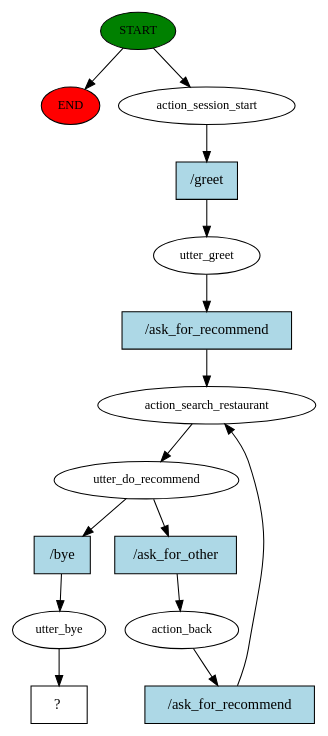
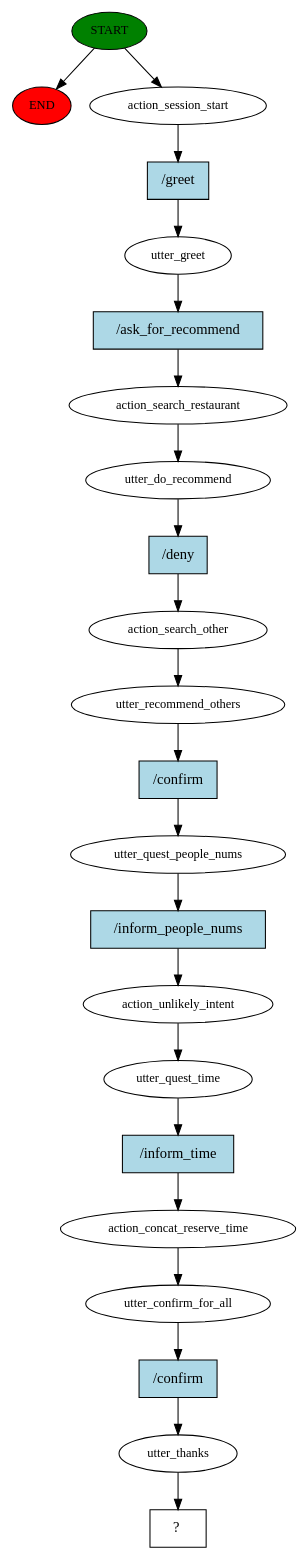
One commit to SUNLIFAN/rasa-demo changed the diagram in story_graph.dot. Above: the diagram before and after it, drawn with Graphviz. The commit also changed 13 other files, not shown here.

```diff
--- a/story_graph.dot
+++ b/story_graph.dot
@@ -1,30 +1,45 @@
 digraph  {
 0 [class="start active", fillcolor=green, fontsize=12, label=START, style=filled];
 "-1" [class=end, fillcolor=red, fontsize=12, label=END, style=filled];
 1 [class=active, fontsize=12, label=action_session_start];
 2 [class=active, fontsize=12, label=utter_greet];
 3 [class=active, fontsize=12, label=action_search_restaurant];
 4 [class=active, fontsize=12, label=utter_do_recommend];
-5 [class=active, fontsize=12, label=action_back];
-8 [class=active, fontsize=12, label=utter_bye];
-9 [class="intent dashed active", label="  ?  ", shape=rect];
-10 [class="intent active", fillcolor=lightblue, label="/greet", shape=rect, style=filled];
-11 [class="intent active", fillcolor=lightblue, label="/ask_for_recommend", shape=rect, style=filled];
-12 [class="intent active", fillcolor=lightblue, label="/ask_for_other", shape=rect, style=filled];
-13 [class="intent active", fillcolor=lightblue, label="/bye", shape=rect, style=filled];
-14 [class="intent active", fillcolor=lightblue, label="/ask_for_recommend", shape=rect, style=filled];
+5 [class=active, fontsize=12, label=action_search_other];
+6 [class=active, fontsize=12, label=utter_recommend_others];
+7 [class=active, fontsize=12, label=utter_quest_people_nums];
+8 [class=active, fontsize=12, label=action_unlikely_intent];
+9 [class=active, fontsize=12, label=utter_quest_time];
+10 [class=active, fontsize=12, label=action_concat_reserve_time];
+11 [class=active, fontsize=12, label=utter_confirm_for_all];
+12 [class=active, fontsize=12, label=utter_thanks];
+13 [class="intent dashed active", label="  ?  ", shape=rect];
+14 [class="intent active", fillcolor=lightblue, label="/greet", shape=rect, style=filled];
+15 [class="intent active", fillcolor=lightblue, label="/ask_for_recommend", shape=rect, style=filled];
+16 [class="intent active", fillcolor=lightblue, label="/deny", shape=rect, style=filled];
+17 [class="intent active", fillcolor=lightblue, label="/confirm", shape=rect, style=filled];
+18 [class="intent active", fillcolor=lightblue, label="/inform_people_nums", shape=rect, style=filled];
+19 [class="intent active", fillcolor=lightblue, label="/inform_time", shape=rect, style=filled];
+20 [class="intent active", fillcolor=lightblue, label="/confirm", shape=rect, style=filled];
 0 -> "-1"  [class="", key=NONE, label=""];
 0 -> 1  [class=active, key=NONE, label=""];
-1 -> 10  [class=active, key=0];
-2 -> 11  [class=active, key=0];
+1 -> 14  [class=active, key=0];
+2 -> 15  [class=active, key=0];
 3 -> 4  [class=active, key=NONE, label=""];
-4 -> 12  [class=active, key=0];
-4 -> 13  [class=active, key=0];
-5 -> 14  [class=active, key=0];
+4 -> 16  [class=active, key=0];
+5 -> 6  [class=active, key=NONE, label=""];
+6 -> 17  [class=active, key=0];
+7 -> 18  [class=active, key=0];
 8 -> 9  [class=active, key=NONE, label=""];
-10 -> 2  [class=active, key=0];
-11 -> 3  [class=active, key=0];
-12 -> 5  [class=active, key=0];
-13 -> 8  [class=active, key=0];
-14 -> 3  [class=active, key=0];
+9 -> 19  [class=active, key=0];
+10 -> 11  [class=active, key=NONE, label=""];
+11 -> 20  [class=active, key=0];
+12 -> 13  [class=active, key=NONE, label=""];
+14 -> 2  [class=active, key=0];
+15 -> 3  [class=active, key=0];
+16 -> 5  [class=active, key=0];
+17 -> 7  [class=active, key=0];
+18 -> 8  [class=active, key=0];
+19 -> 10  [class=active, key=0];
+20 -> 12  [class=active, key=0];
 }
```
